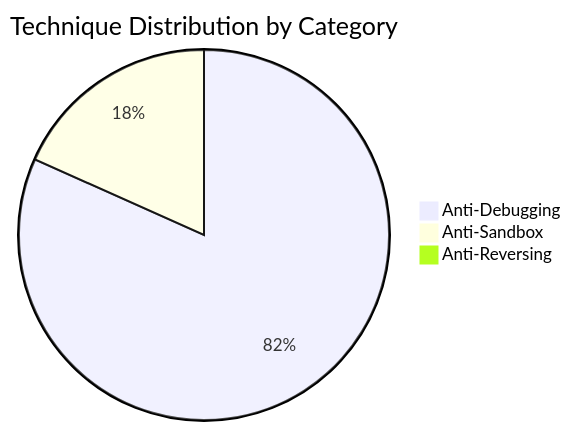
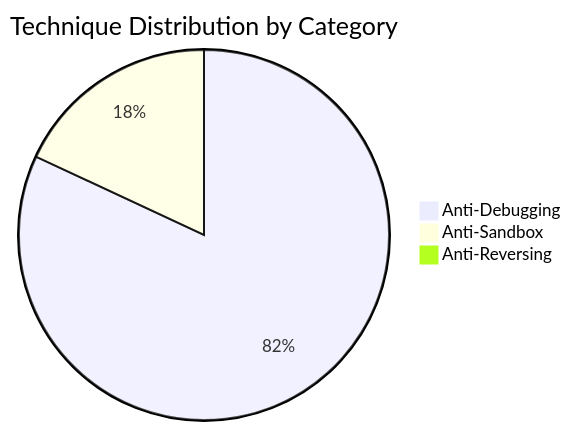
The second of 8 diagrams in docs/diagrams/taxonomy.md (mabj/anti), drawn with Mermaid before and after one commit. The commit also changed other lines of this file and 9 other files, not shown here.

Commit message:
Adding new anti-debugging technique AD059

````diff
--- a/docs/diagrams/taxonomy.md
+++ b/docs/diagrams/taxonomy.md
@@ -34,6 +34,6 @@
 ```mermaid
 pie title Technique Distribution by Category
-    "Anti-Debugging" : 58
+    "Anti-Debugging" : 59
     "Anti-Sandbox" : 13
     "Anti-Reversing" : 0
 ```
````
